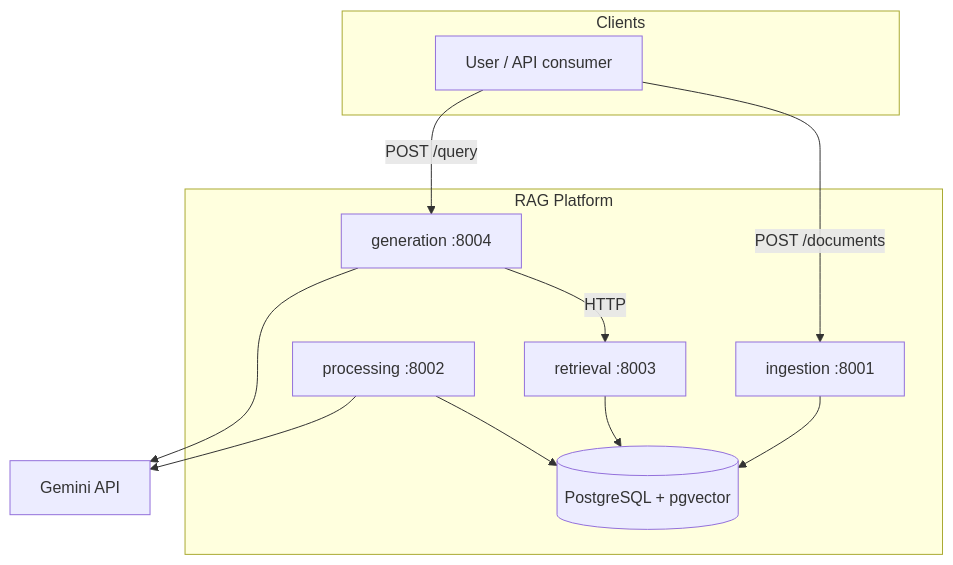
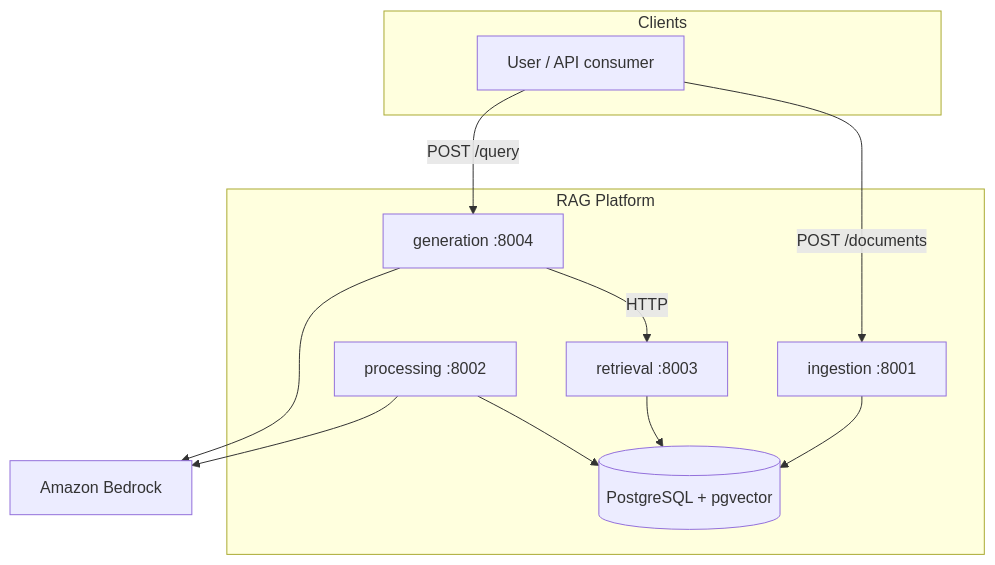
The first of 2 diagrams in docs/architecture/overview.md (Magesh-Sundaravel/rag-platform), drawn with Mermaid before and after one commit. The commit also changed other lines of this file and 38 other files, not shown here.

Commit message:
feat(providers): migrate Gemini stack to Bedrock

````diff
--- a/docs/architecture/overview.md
+++ b/docs/architecture/overview.md
@@ -9,23 +9,23 @@
 ```mermaid
 flowchart TB
     subgraph clients [Clients]
         U[User / API consumer]
     end
     subgraph platform [RAG Platform]
         ING[ingestion :8001]
         PROC[processing :8002]
         RET[retrieval :8003]
         GEN[generation :8004]
         PG[(PostgreSQL + pgvector)]
     end
-    LLM[Gemini API]
+    LLM[Amazon Bedrock]
 
     U -->|POST /documents| ING
     U -->|POST /query| GEN
     ING --> PG
     PROC --> PG
     RET --> PG
     GEN -->|HTTP| RET
     PROC --> LLM
     GEN --> LLM
 ```
````
